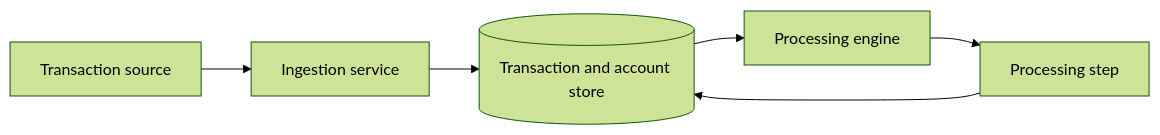
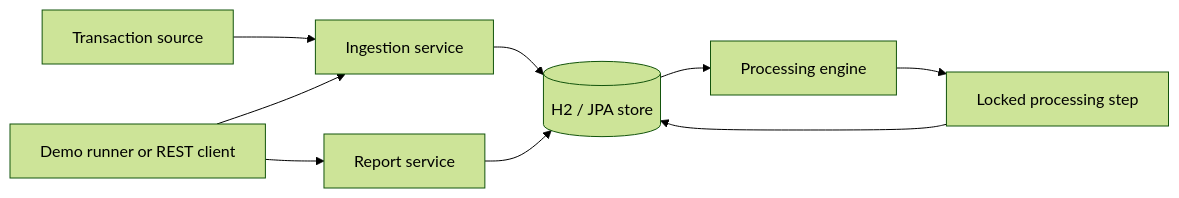
Before and after one commit to pratyushvaidya/transaction-processor: the diagram in README.md, drawn with Mermaid (forest theme). The commit also changed other lines of this file and 29 other files, not shown here.

Commit message:
feat: (phase4) report, structured logs, REST entry points, sample data and design note

````diff
--- a/README.md
+++ b/README.md
@@ -54,8 +13,11 @@
 ```mermaid
 flowchart LR
     Source[Transaction source] --> Ingestion[Ingestion service]
-    Ingestion --> Store[(Transaction and account store)]
+    Ingestion --> Store[(H2 / JPA store)]
     Store --> Engine[Processing engine]
-    Engine --> Step[Processing step]
+    Engine --> Step[Locked processing step]
     Step --> Store
+    Report[Report service] --> Store
+    Client[Demo runner or REST client] --> Ingestion
+    Client --> Report
 ```
````
